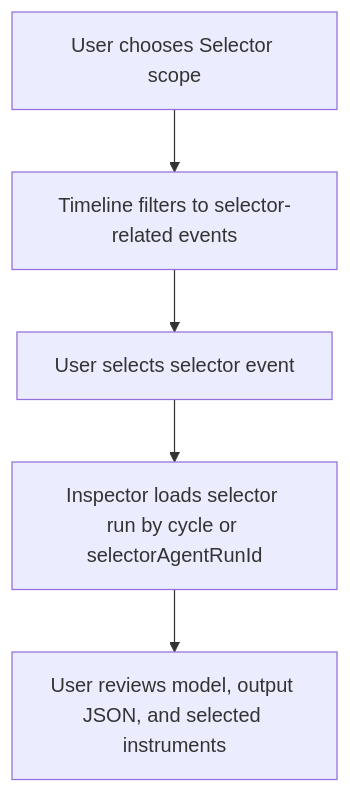
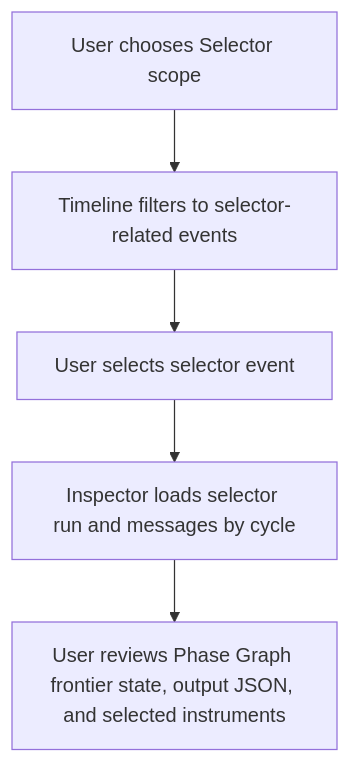
The third of 3 diagrams in docs/specs/developer-menu-debug-observability.md (KennethAtchon/Exva), drawn with Mermaid before and after one commit. The commit also changed other lines of this file and 43 other files, not shown here.

````diff
--- a/docs/specs/developer-menu-debug-observability.md
+++ b/docs/specs/developer-menu-debug-observability.md
@@ -351,7 +388,7 @@
 ```mermaid
 flowchart TD
     A[User chooses Selector scope] --> B[Timeline filters to selector-related events]
     B --> C[User selects selector event]
-    C --> D[Inspector loads selector run by cycle or selectorAgentRunId]
-    D --> E[User reviews model, output JSON, and selected instruments]
+    C --> D[Inspector loads selector run and messages by cycle]
+    D --> E[User reviews Phase Graph frontier state, output JSON, and selected instruments]
 ```
````
